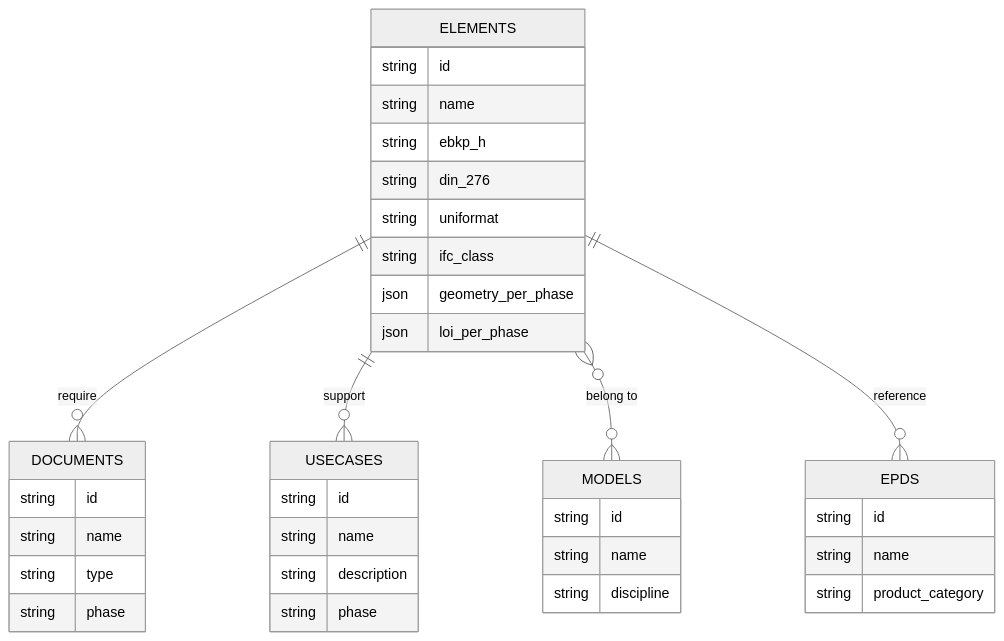
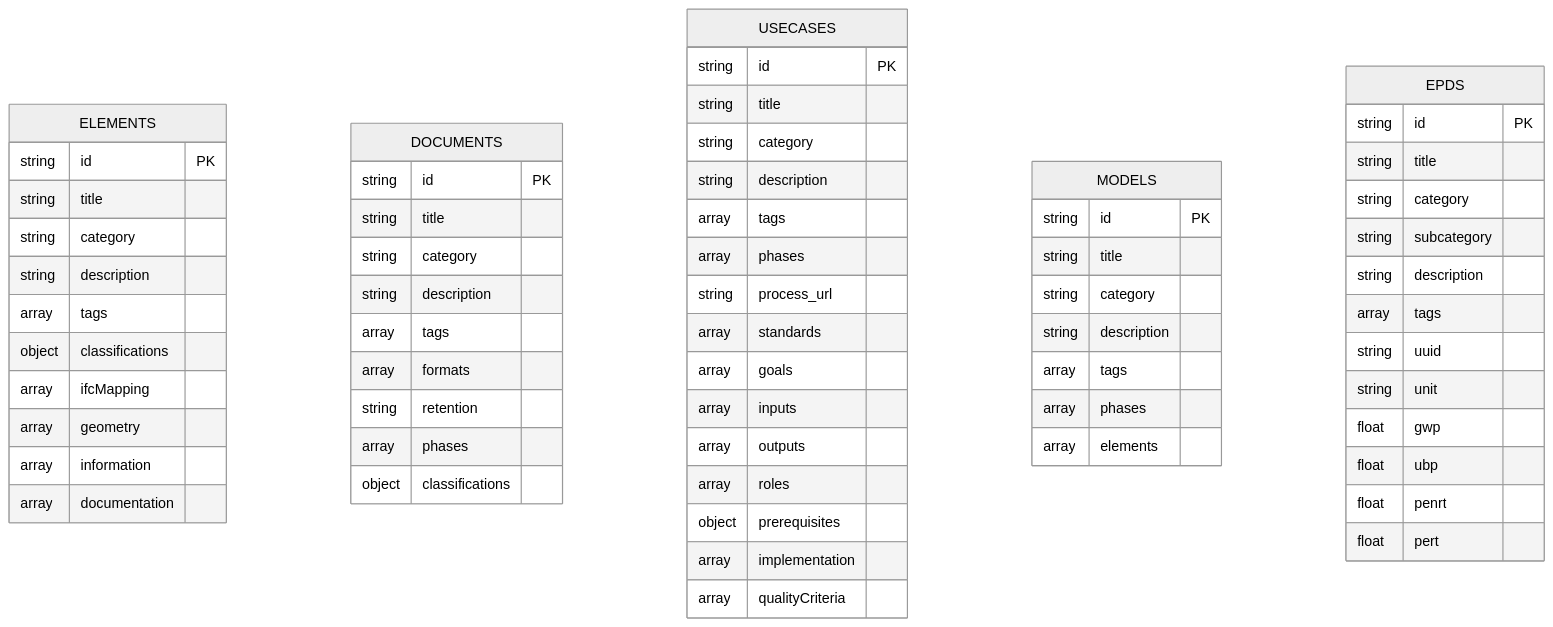
Before and after one commit to davras5/kbob-fdk: the diagram in README.md, drawn with Mermaid (neutral theme). The commit also changed other lines of this file, not shown here.

Commit message:
Update Data Model section with accurate schema from JSON files
- Replace placeholder ER diagram with actual entity structures
- Document real fields for Elements, Documents, UseCases, Models, and EPDs
- Remove fictional relationships (entities are independent catalogs)
- Add detailed descriptions including classifications, IFC mappings,
  sustainability indicators (GWP, UBP, PENRT, PERT), and phase info

````diff
--- a/README.md
+++ b/README.md
@@ -99,44 +99,70 @@
 ```mermaid
 erDiagram
-    ELEMENTS ||--o{ DOCUMENTS : "require"
-    ELEMENTS ||--o{ USECASES : "support"
-    ELEMENTS }o--o{ MODELS : "belong to"
-    ELEMENTS ||--o{ EPDS : "reference"
-
     ELEMENTS {
-        string id
-        string name
-        string ebkp_h
-        string din_276
-        string uniformat
-        string ifc_class
-        json geometry_per_phase
-        json loi_per_phase
+        string id PK
+        string title
+        string category
+        string description
+        array tags
+        object classifications
+        array ifcMapping
+        array geometry
+        array information
+        array documentation
     }
 
     DOCUMENTS {
-        string id
-        string name
-        string type
-        string phase
+        string id PK
+        string title
+        string category
+        string description
+        array tags
+        array formats
+        string retention
+        array phases
+        object classifications
     }
 
     USECASES {
-        string id
-        string name
+        string id PK
+        string title
+        string category
         string description
-        string phase
+        array tags
+        array phases
+        string process_url
+        array standards
+        array goals
+        array inputs
+        array outputs
+        array roles
+        object prerequisites
+        array implementation
+        array qualityCriteria
     }
 
     MODELS {
-        string id
-        string name
-        string discipline
+        string id PK
+        string title
+        string category
+        string description
+        array tags
+        array phases
+        array elements
     }
 
     EPDS {
-        string id
-        string name
-        string product_category
+        string id PK
+        string title
+        string category
+        string subcategory
+        string description
+        array tags
+        string uuid
+        string unit
+        float gwp
+        float ubp
+        float penrt
+        float pert
     }
 ```
````
